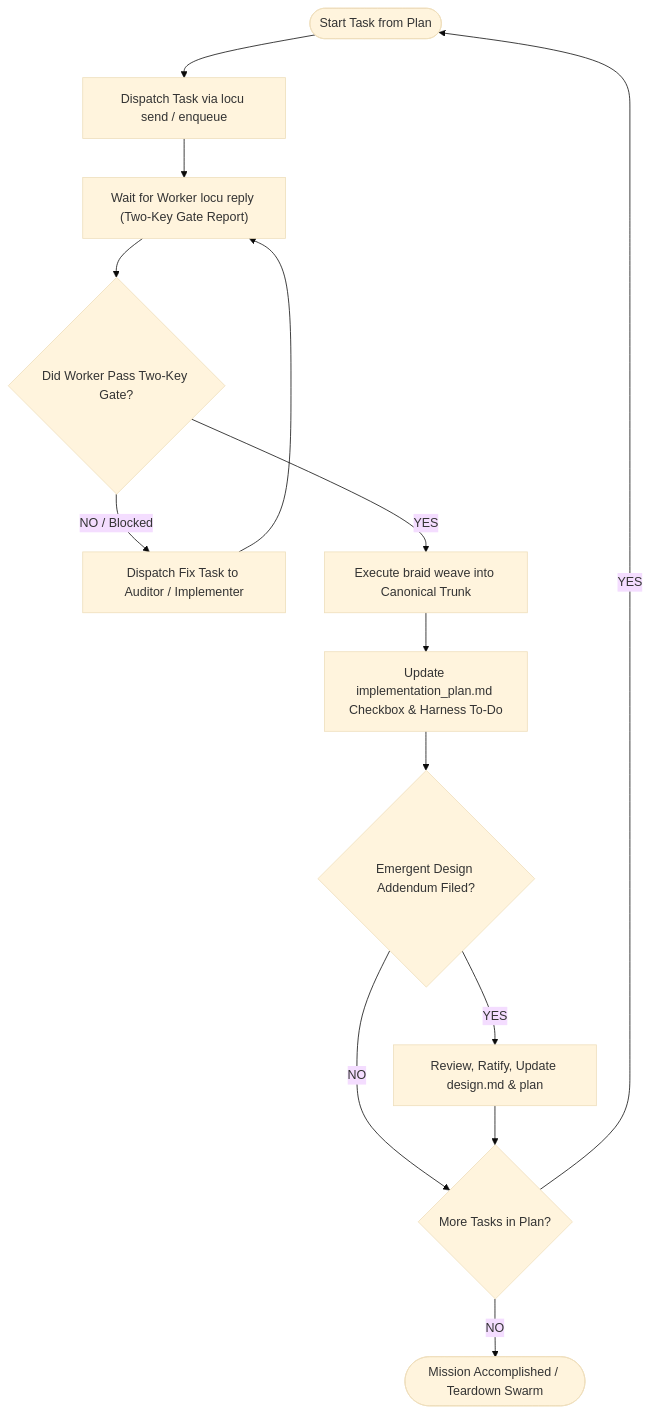
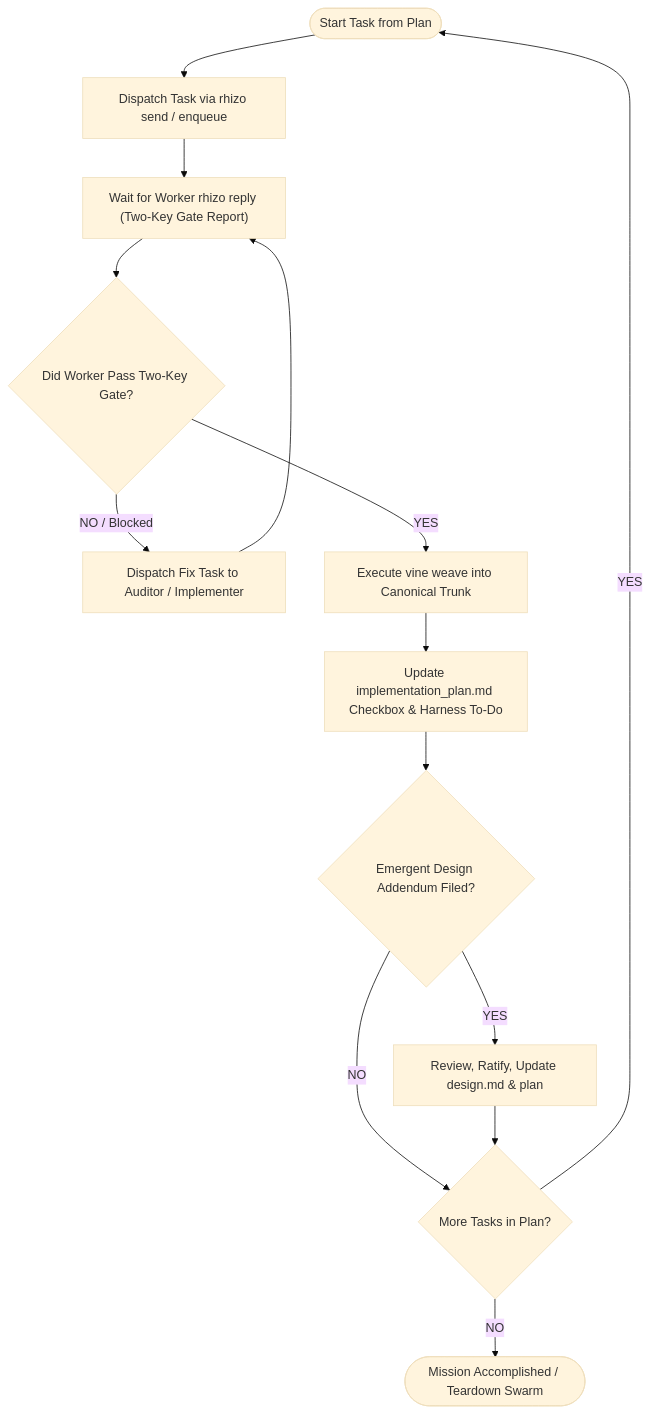
One commit to axiomantic/garden changed the diagram in skills/orchestrate-swarm/SKILL.md. Above: the diagram before and after it, drawn with Mermaid (base theme). The commit also changed other lines of this file and 12 other files, not shown here.

Commit message:
feat(garden): rename project from agora to garden, integrate rhizo and vine

````diff
--- a/skills/orchestrate-swarm/SKILL.md
+++ b/skills/orchestrate-swarm/SKILL.md
@@ -24,16 +24,16 @@
 ```mermaid
 flowchart TD
-    Start([Start Task from Plan]) --> Dispatch["Dispatch Task via locu send / enqueue"]
-    Dispatch --> Wait["Wait for Worker locu reply (Two-Key Gate Report)"]
+    Start([Start Task from Plan]) --> Dispatch["Dispatch Task via rhizo send / enqueue"]
+    Dispatch --> Wait["Wait for Worker rhizo reply (Two-Key Gate Report)"]
     Wait --> Decision{Did Worker Pass Two-Key Gate?}
     Decision -->|NO / Blocked| Remediate["Dispatch Fix Task to Auditor / Implementer"]
     Remediate --> Wait
-    Decision -->|YES| Weave["Execute braid weave into Canonical Trunk"]
+    Decision -->|YES| Weave["Execute vine weave into Canonical Trunk"]
     Weave --> Update["Update implementation_plan.md Checkbox & Harness To-Do"]
     Update --> CheckAddenda{Emergent Design Addendum Filed?}
     CheckAddenda -->|YES| Ratify["Review, Ratify, Update design.md & plan"]
     CheckAddenda -->|NO| NextTask{More Tasks in Plan?}
     Ratify --> NextTask
     NextTask -->|YES| Start
     NextTask -->|NO| Finish([Mission Accomplished / Teardown Swarm])
 ```
````
